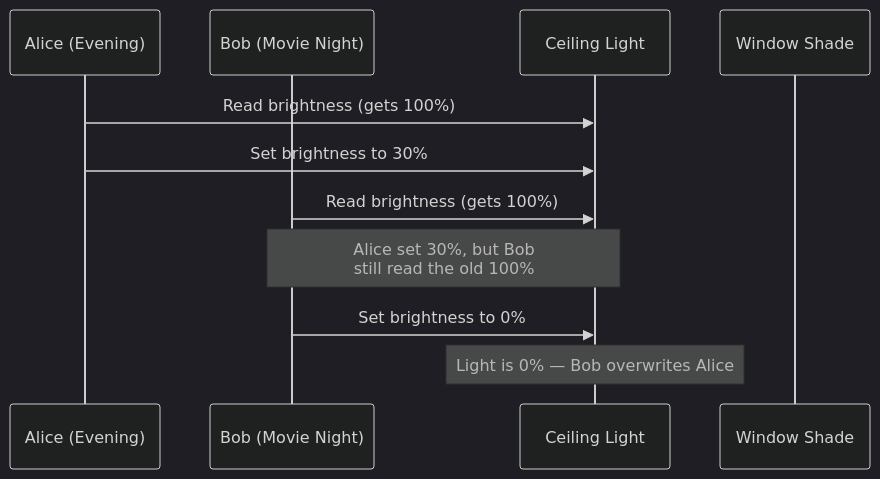
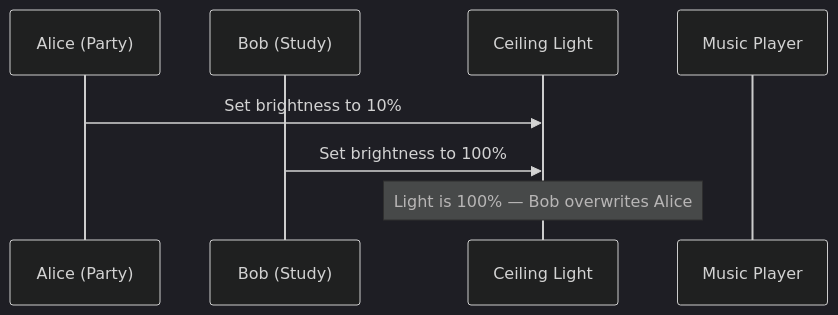
One commit to neu-pdi/CS3100-Spring-2026 changed the eighth of 13 diagrams in lecture-slides-spertus/l31-concurrency1.mdx. Above: the diagram before and after it, drawn with Mermaid (dark theme). The commit also changed other lines of this file and 1 other file, not shown here.

````diff
--- a/lecture-slides-spertus/l31-concurrency1.mdx
+++ b/lecture-slides-spertus/l31-concurrency1.mdx
@@ -681,14 +697,11 @@
 ```mermaid
 sequenceDiagram
-    participant A as Alice (Evening)
-    participant B as Bob (Movie Night)
+    participant A as Alice (Party)
+    participant B as Bob (Study)
     participant Light as Ceiling Light
-    participant Shade as Window Shade
+    participant Music as Music Player
 
-    A->>Light: Read brightness (gets 100%)
-    A->>Light: Set brightness to 30%
-    B->>Light: Read brightness (gets 100%)
-    Note over B,Light: Alice set 30%, but Bob<br/>still read the old 100%
-    B->>Light: Set brightness to 0%
-    Note over Light: Light is 0% — Bob overwrites Alice
+    A->>Light: Set brightness to 10%
+    B->>Light: Set brightness to 100%
+    Note over Light: Light is 100% — Bob overwrites Alice
 ```
````
